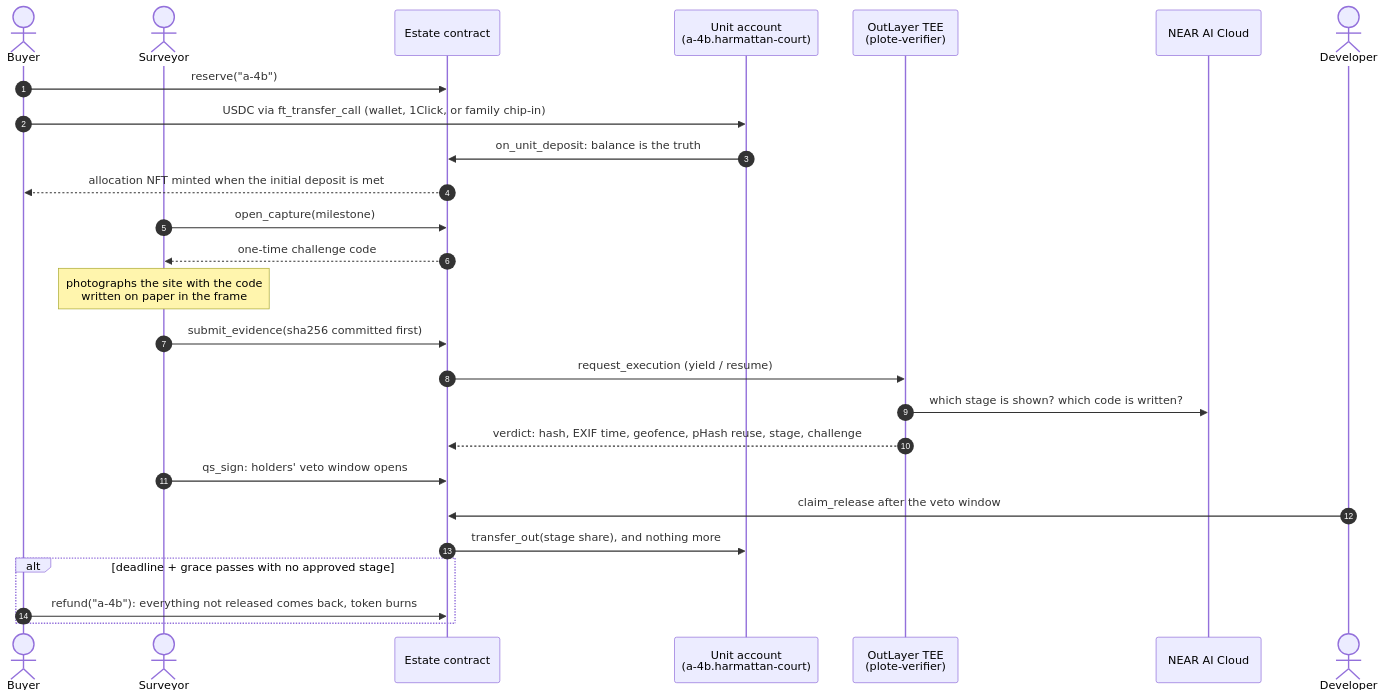
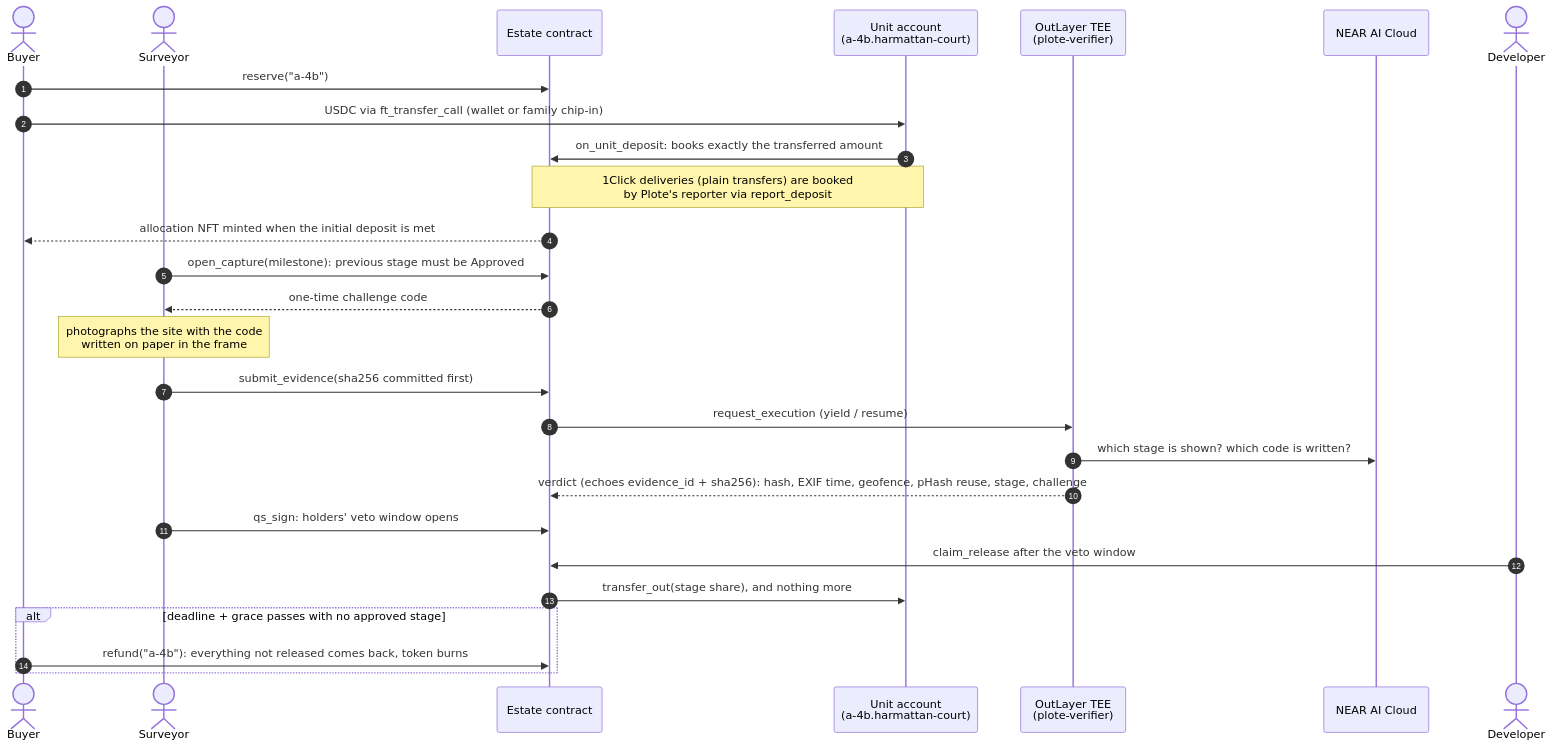
One commit to linoxbt/Plote changed the first of 2 diagrams in README.md. Above: the diagram before and after it, drawn with Mermaid. The commit also changed other lines of this file and 2 other files, not shown here.

````diff
--- a/README.md
+++ b/README.md
@@ -82,31 +83,32 @@
 ```mermaid
 sequenceDiagram
     autonumber
     actor Buyer
     actor Surveyor
     participant Estate as Estate contract
     participant Unit as Unit account<br/>(a-4b.harmattan-court)
     participant OutLayer as OutLayer TEE<br/>(plote-verifier)
     participant AI as NEAR AI Cloud
     actor Developer
 
     Buyer->>Estate: reserve("a-4b")
-    Buyer->>Unit: USDC via ft_transfer_call (wallet, 1Click, or family chip-in)
-    Unit->>Estate: on_unit_deposit: balance is the truth
+    Buyer->>Unit: USDC via ft_transfer_call (wallet or family chip-in)
+    Unit->>Estate: on_unit_deposit: books exactly the transferred amount
+    Note over Unit,Estate: 1Click deliveries (plain transfers) are booked<br/>by Plote's reporter via report_deposit
     Estate-->>Buyer: allocation NFT minted when the initial deposit is met
 
-    Surveyor->>Estate: open_capture(milestone)
+    Surveyor->>Estate: open_capture(milestone): previous stage must be Approved
     Estate-->>Surveyor: one-time challenge code
     Note over Surveyor: photographs the site with the code<br/>written on paper in the frame
     Surveyor->>Estate: submit_evidence(sha256 committed first)
     Estate->>OutLayer: request_execution (yield / resume)
     OutLayer->>AI: which stage is shown? which code is written?
-    OutLayer-->>Estate: verdict: hash, EXIF time, geofence, pHash reuse, stage, challenge
+    OutLayer-->>Estate: verdict (echoes evidence_id + sha256): hash, EXIF time, geofence, pHash reuse, stage, challenge
     Surveyor->>Estate: qs_sign: holders' veto window opens
     Developer->>Estate: claim_release after the veto window
     Estate->>Unit: transfer_out(stage share), and nothing more
 
     alt deadline + grace passes with no approved stage
         Buyer->>Estate: refund("a-4b"): everything not released comes back, token burns
     end
 ```
````
